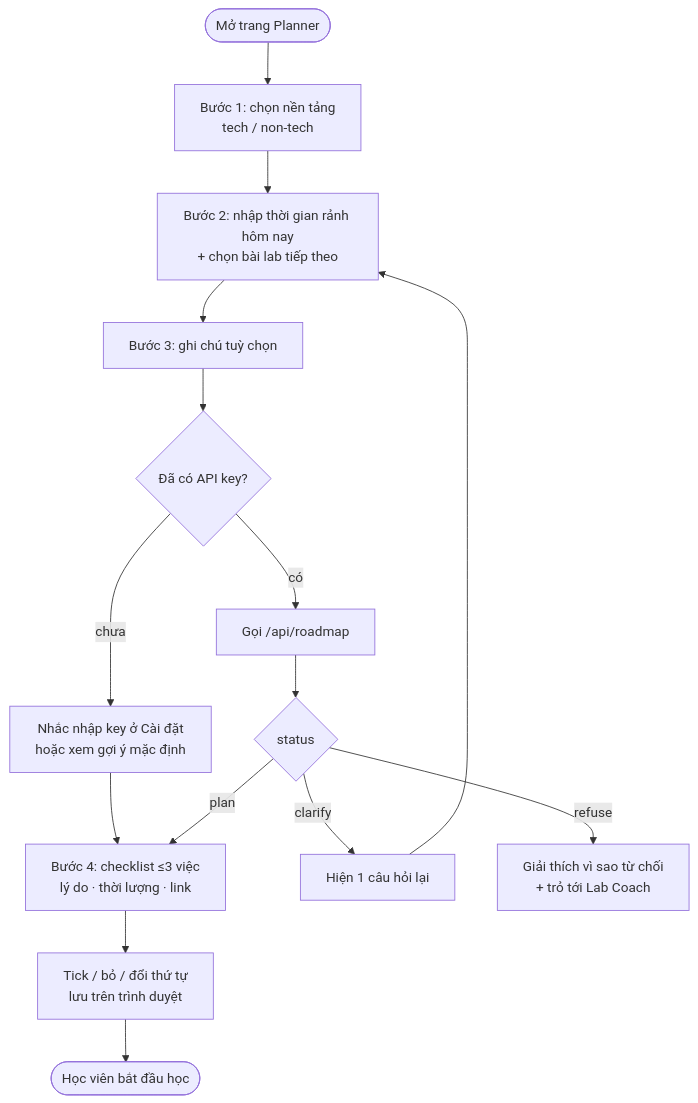
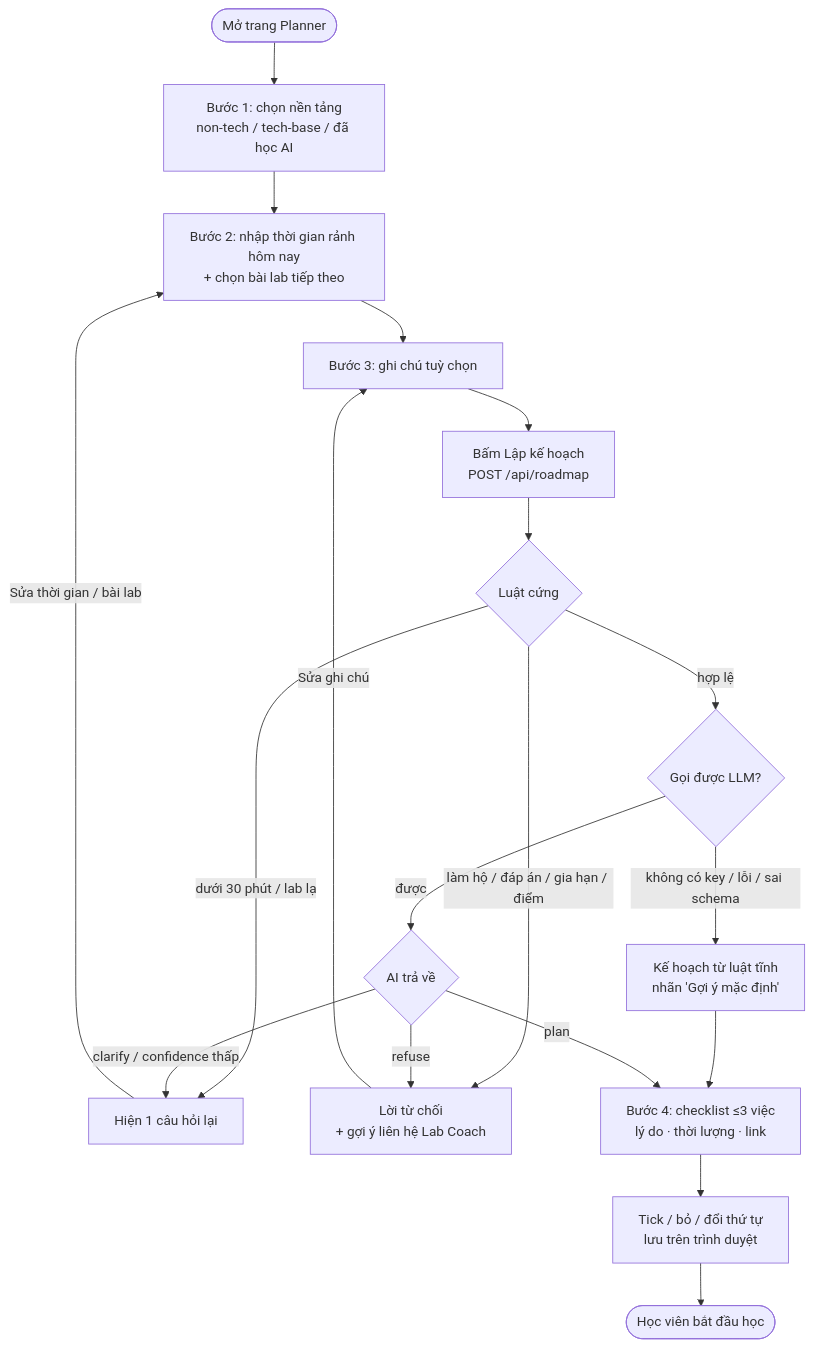
One commit to Dokhacgiakhoa/K4-3A-e403-Vinonymus changed the diagram in docs/05-ui-flow.md. Above: the diagram before and after it, drawn with Mermaid. The commit also changed other lines of this file and 9 other files, not shown here.

````diff
--- a/docs/05-ui-flow.md
+++ b/docs/05-ui-flow.md
@@ -7,16 +7,19 @@
 ```mermaid
 flowchart TD
-    A([Mở trang Planner]) --> B[Bước 1: chọn nền tảng<br/>tech / non-tech]
+    A([Mở trang Planner]) --> B[Bước 1: chọn nền tảng<br/>non-tech / tech-base / đã học AI]
     B --> C[Bước 2: nhập thời gian rảnh hôm nay<br/>+ chọn bài lab tiếp theo]
     C --> D[Bước 3: ghi chú tuỳ chọn]
-    D --> E{Đã có API key?}
-    E -- chưa --> K[Nhắc nhập key ở Cài đặt<br/>hoặc xem gợi ý mặc định]
+    D --> F[Bấm Lập kế hoạch<br/>POST /api/roadmap]
+    F --> R{Luật cứng}
+    R -- dưới 30 phút / lab lạ --> H
+    R -- làm hộ / đáp án / gia hạn / điểm --> I
+    R -- hợp lệ --> E{Gọi được LLM?}
+    E -- không có key / lỗi / sai schema --> K[Kế hoạch từ luật tĩnh<br/>nhãn 'Gợi ý mặc định']
     K --> G
-    E -- có --> F[Gọi /api/roadmap]
-    F --> S{status}
+    E -- được --> S{AI trả về}
     S -- plan --> G[Bước 4: checklist ≤3 việc<br/>lý do · thời lượng · link]
-    S -- clarify --> H[Hiện 1 câu hỏi lại] --> C
-    S -- refuse --> I[Giải thích vì sao từ chối<br/>+ trỏ tới Lab Coach]
+    S -- clarify / confidence thấp --> H[Hiện 1 câu hỏi lại] -- Sửa thời gian / bài lab --> C
+    S -- refuse --> I[Lời từ chối<br/>+ gợi ý liên hệ Lab Coach] -- Sửa ghi chú --> D
     G --> J[Tick / bỏ / đổi thứ tự<br/>lưu trên trình duyệt]
     J --> Z([Học viên bắt đầu học])
 ```
````
